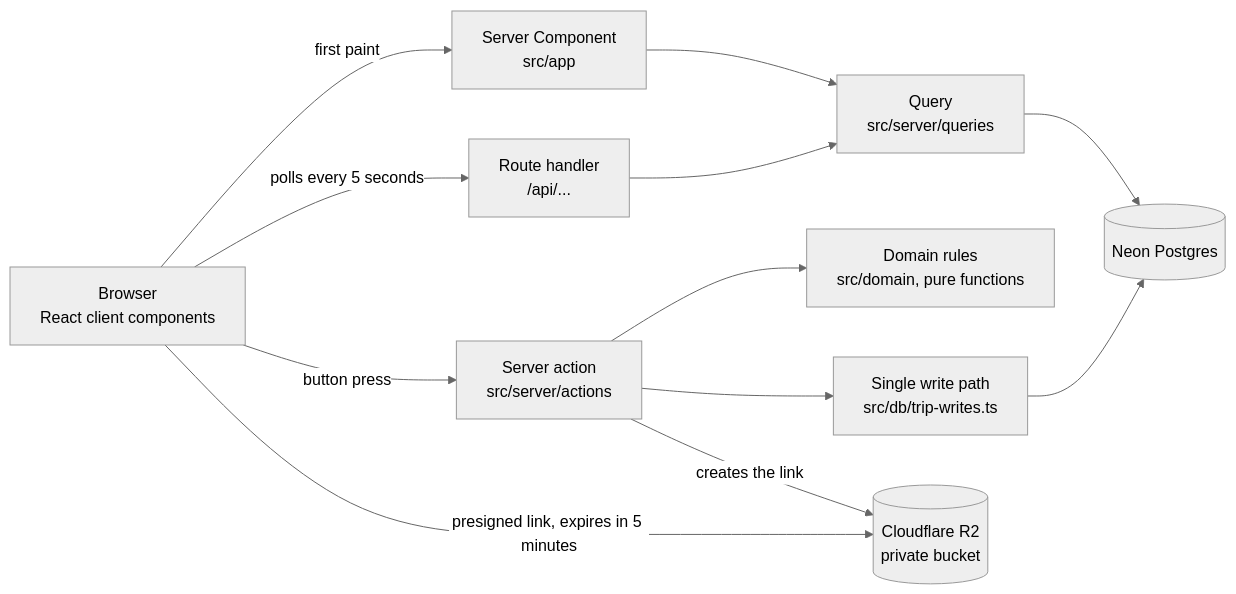
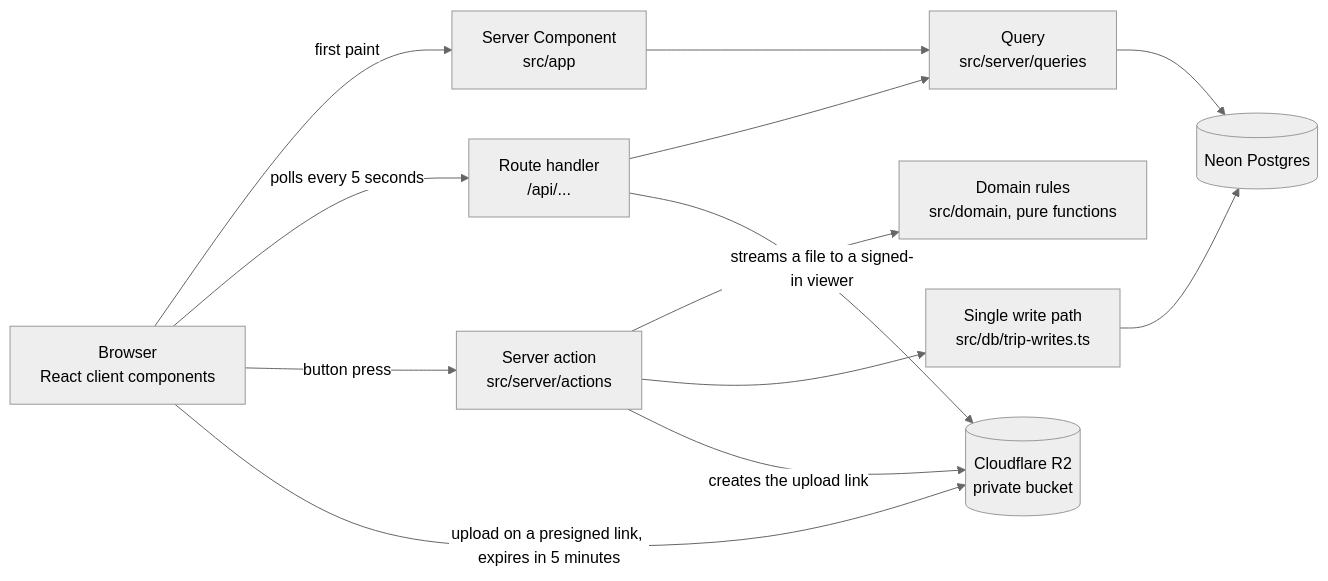
Before and after one commit to BrianJenney/dispatcher_control_center: the second of 2 diagrams in README.md, drawn with Mermaid (neutral theme). The commit also changed other lines of this file, not shown here.

````diff
--- a/README.md
+++ b/README.md
@@ -246,14 +246,15 @@
 ```mermaid
 flowchart LR
     Browser["Browser<br/>React client components"] -- "first paint" --> Page["Server Component<br/>src/app"]
     Browser -- "polls every 5 seconds" --> Route["Route handler<br/>/api/..."]
     Browser -- "button press" --> Action["Server action<br/>src/server/actions"]
     Page --> Query["Query<br/>src/server/queries"]
     Route --> Query
     Action --> Domain["Domain rules<br/>src/domain, pure functions"]
     Action --> Writes["Single write path<br/>src/db/trip-writes.ts"]
     Query --> DB[("Neon Postgres")]
     Writes --> DB
-    Browser -- "presigned link, expires in 5 minutes" --> R2[("Cloudflare R2<br/>private bucket")]
-    Action -- "creates the link" --> R2
+    Browser -- "upload on a presigned link, expires in 5 minutes" --> R2[("Cloudflare R2<br/>private bucket")]
+    Action -- "creates the upload link" --> R2
+    Route -- "streams a file to a signed-in viewer" --> R2
 ```
````
